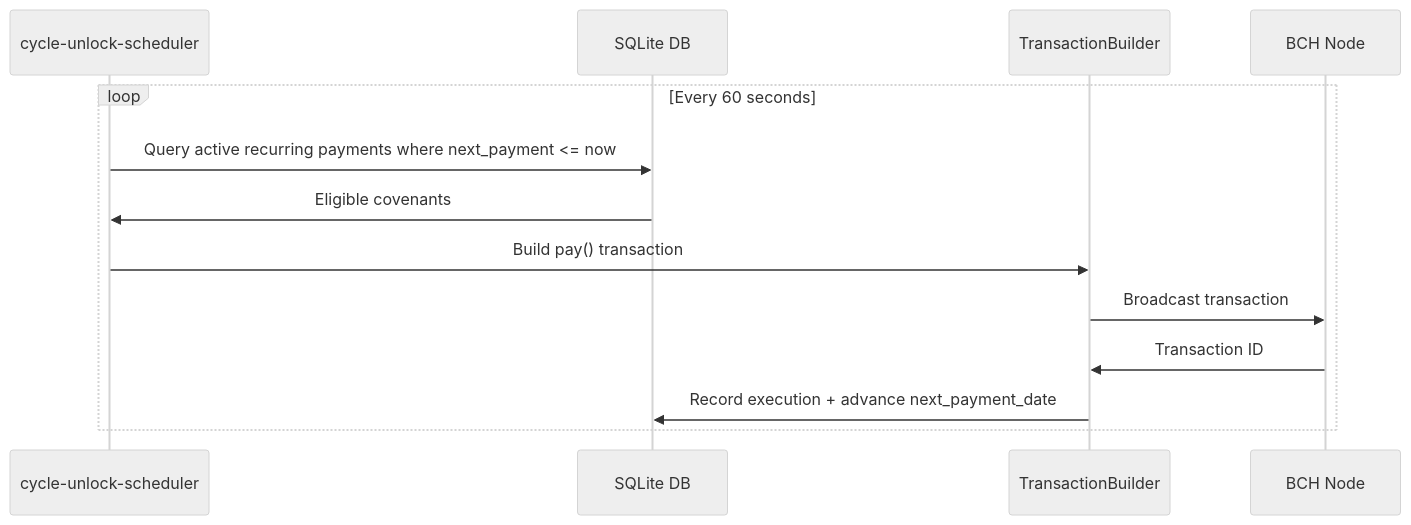
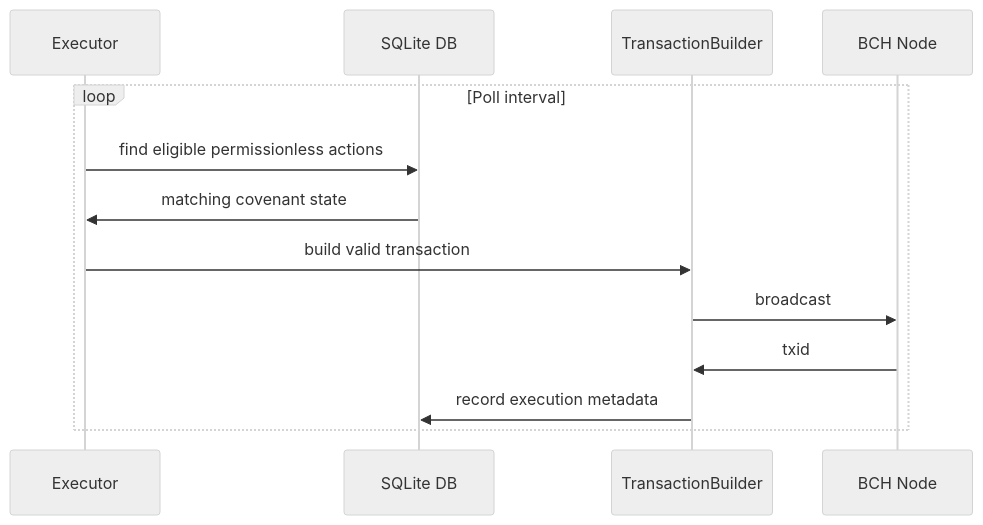
One commit to flowguardlabs/flow-guard changed the third of 3 diagrams in docs/reference/architecture.mdx. Above: the diagram before and after it, drawn with Mermaid (neutral theme). The commit also changed other lines of this file and 44 other files, not shown here.

````diff
--- a/docs/reference/architecture.mdx
+++ b/docs/reference/architecture.mdx
@@ -101,16 +88,16 @@
 ```mermaid
 sequenceDiagram
-    participant SCH as cycle-unlock-scheduler
+    participant EXE as Executor
     participant DB as SQLite DB
     participant TB as TransactionBuilder
     participant BCH as BCH Node
 
-    loop Every 60 seconds
-        SCH->>DB: Query active recurring payments where next_payment <= now
-        DB->>SCH: Eligible covenants
-        SCH->>TB: Build pay() transaction
-        TB->>BCH: Broadcast transaction
-        BCH->>TB: Transaction ID
-        TB->>DB: Record execution + advance next_payment_date
+    loop Poll interval
+        EXE->>DB: find eligible permissionless actions
+        DB->>EXE: matching covenant state
+        EXE->>TB: build valid transaction
+        TB->>BCH: broadcast
+        BCH->>TB: txid
+        TB->>DB: record execution metadata
     end
 ```
````
